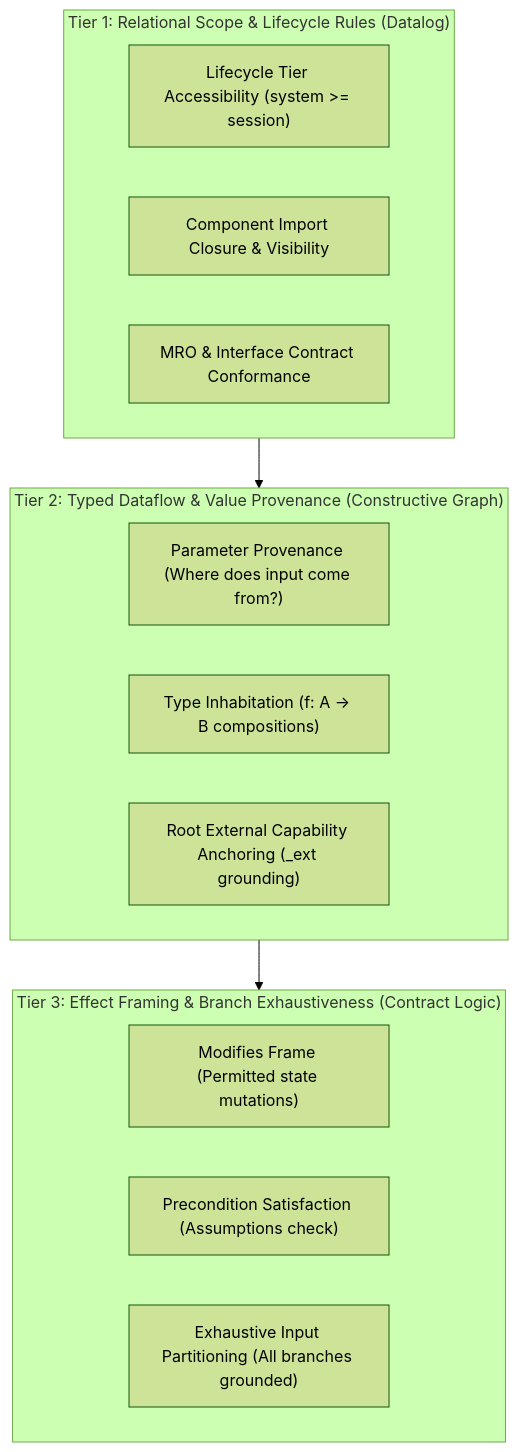
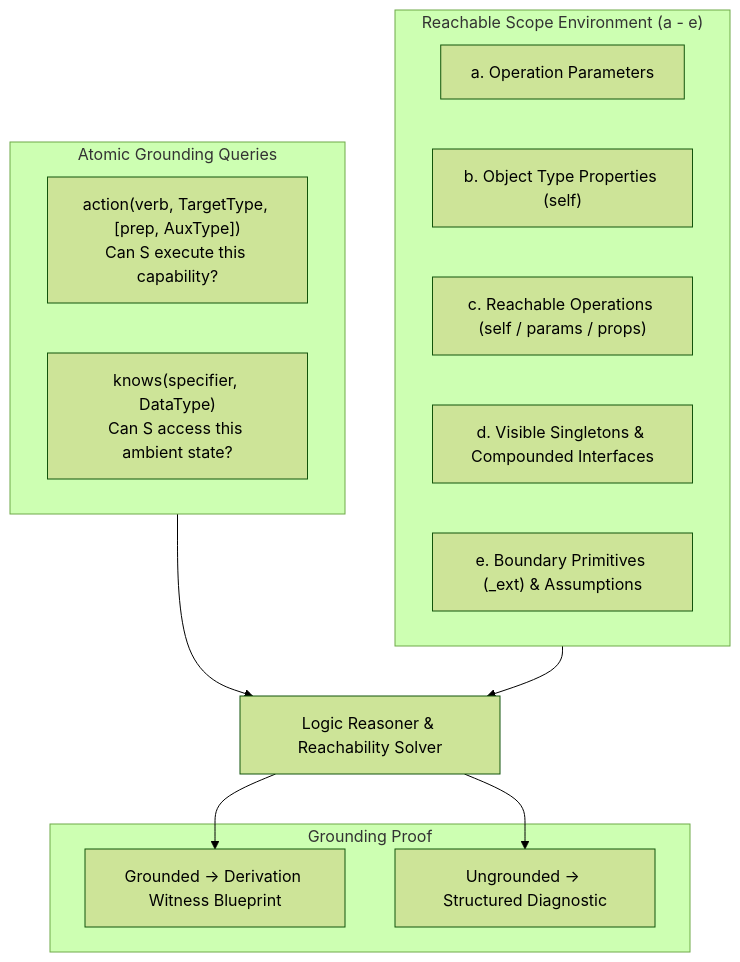
Before and after one commit to mcdirmid/cleanroom: the first of 2 diagrams in design-docs/logic_based_grounding_verification.md, drawn with Mermaid (forest theme). The commit also changed other lines of this file, not shown here.

Commit message:
docs: update logic-based grounding verification design with typed actions, clean knows semantics, and extraction vs inference separation

````diff
--- a/design-docs/logic_based_grounding_verification.md
+++ b/design-docs/logic_based_grounding_verification.md
@@ -133,22 +137,26 @@
 ```mermaid
 flowchart TD
-    subgraph Tier1["Tier 1: Relational Scope & Lifecycle Rules (Datalog)"]
-        T1A["Lifecycle Tier Accessibility (system >= session)"]
-        T1B["Component Import Closure & Visibility"]
-        T1C["MRO & Interface Contract Conformance"]
+    subgraph Environment["Reachable Scope Environment (a - e)"]
+        A["a. Operation Parameters"]
+        B["b. Object Type Properties (self)"]
+        C["c. Reachable Operations (self / params / props)"]
+        D["d. Visible Singletons & Compounded Interfaces"]
+        E["e. Boundary Primitives (_ext) & Assumptions"]
     end
-    
-    subgraph Tier2["Tier 2: Typed Dataflow & Value Provenance (Constructive Graph)"]
-        T2A["Parameter Provenance (Where does input come from?)"]
-        T2B["Type Inhabitation (f: A -> B compositions)"]
-        T2C["Root External Capability Anchoring (_ext grounding)"]
+
+    subgraph Queries["Atomic Grounding Queries"]
+        Act["action(verb, TargetType, [prep, AuxType])<br/>Can S execute this capability?"]
+        Know["knows(specifier, DataType)<br/>Can S access this ambient state?"]
     end
-    
-    subgraph Tier3["Tier 3: Effect Framing & Branch Exhaustiveness (Contract Logic)"]
-        T3A["Modifies Frame (Permitted state mutations)"]
-        T3B["Precondition Satisfaction (Assumptions check)"]
-        T3C["Exhaustive Input Partitioning (All branches grounded)"]
+
+    Queries --> Reasoner["Logic Reasoner & Reachability Solver"]
+    Environment --> Reasoner
+
+    subgraph Outcomes["Grounding Proof"]
+        Pass["Grounded -> Derivation Witness Blueprint"]
+        Fail["Ungrounded -> Structured Diagnostic"]
     end
-    
-    Tier1 --> Tier2 --> Tier3
+
+    Reasoner --> Pass
+    Reasoner --> Fail
 ```
````
